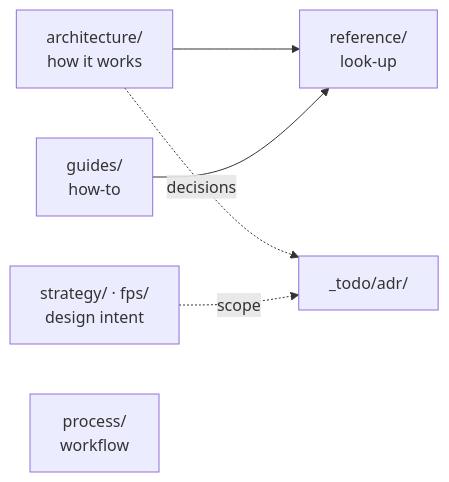
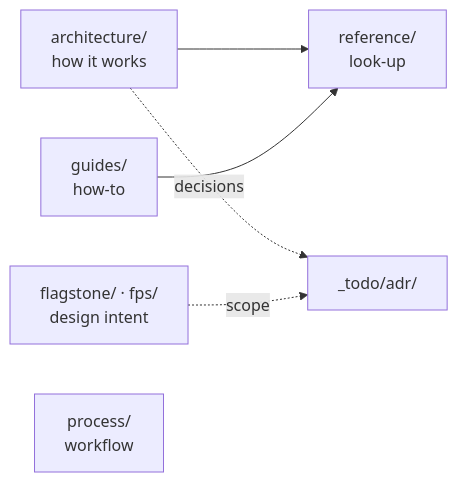
One commit to WrackedFella/moho changed the diagram in wiki/README.md. Above: the diagram before and after it, drawn with Mermaid. The commit also changed other lines of this file and 228 other files, not shown here.

First line of the commit message:
feat(flagstone): the strategy line builds and runs as flagstone (ENG-F27-02) (#381)

````diff
--- a/wiki/README.md
+++ b/wiki/README.md
@@ -12,8 +12,8 @@
 ```mermaid
 flowchart LR
     A["architecture/<br/>how it works"] --> R["reference/<br/>look-up"]
     G["guides/<br/>how-to"] --> R
     A -. decisions .-> ADR["_todo/adr/"]
-    D["strategy/ · fps/<br/>design intent"] -. scope .-> ADR
+    D["flagstone/ · fps/<br/>design intent"] -. scope .-> ADR
     P["process/<br/>workflow"]
 ```
````
